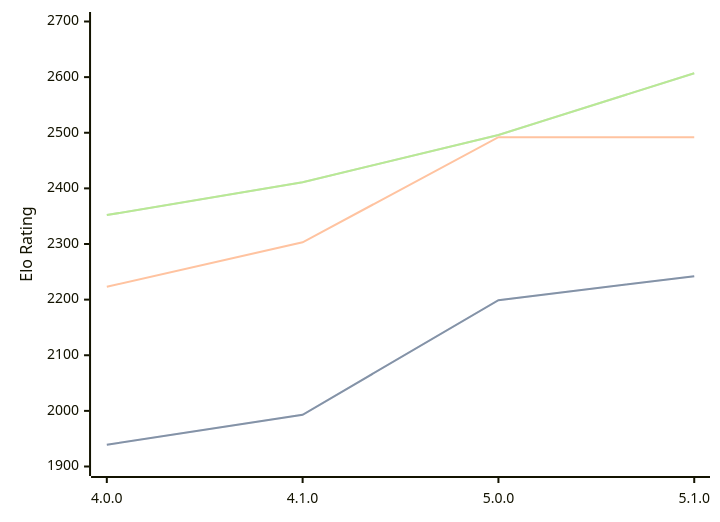
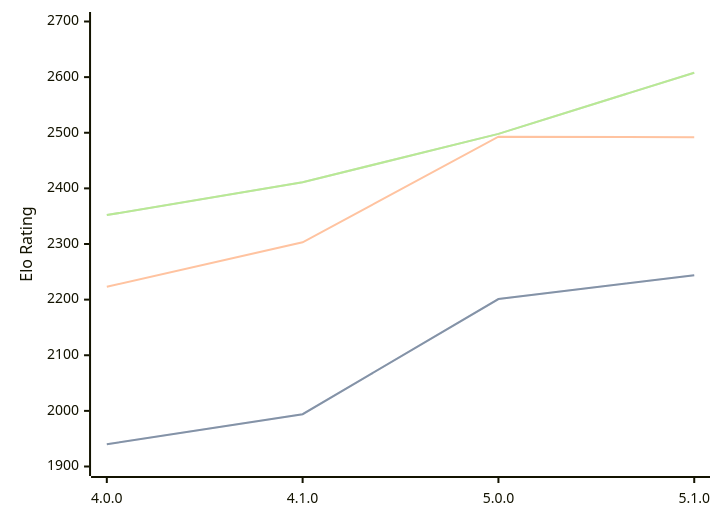
The diagram in engines/Aconcagua.md (computer-chess-index/cci), drawn with Mermaid before and after one commit. The commit also changed other lines of this file, not shown here.

Commit message:
Update CCI Ratings (ELO VLTC) - 2026-05-01

````diff
--- a/engines/Aconcagua.md
+++ b/engines/Aconcagua.md
@@ -43,11 +43,11 @@
 ```mermaid
 %%{init: {"theme":"base","themeVariables":{"seriesColors:['#a3a3a3','#222221','#faa371']}}}%%
 xychart-beta
   x-axis ["4.0.0", "4.1.0", "5.0.0", "5.1.0"]
   y-axis "Elo Rating" 1900 --> 2700
-  line "STC (8.0+0.08s)" [1939, 1993, 2199, 2242]
-  line "STC (8.0+0.08s)" [1939, 1993, 2199, 2242]
-  line "LTC (60.0+0.60s)" [2223, 2303, 2492, 2492]
-  line "VLTC (2m24s+1.12s)" [2352, 2411, 2496, 2607]
-  line "VLTC (2m24s+1.12s)" [2352, 2411, 2496, 2607]
+  line "STC (8.0+0.08s)" [1940, 1994, 2201, 2244]
+  line "STC (8.0+0.08s)" [1940, 1994, 2201, 2244]
+  line "LTC (60.0+0.60s)" [2223, 2303, 2493, 2492]
+  line "VLTC (2m24s+1.12s)" [2352, 2411, 2498, 2608]
+  line "VLTC (2m24s+1.12s)" [2352, 2411, 2498, 2608]
 ```
````
